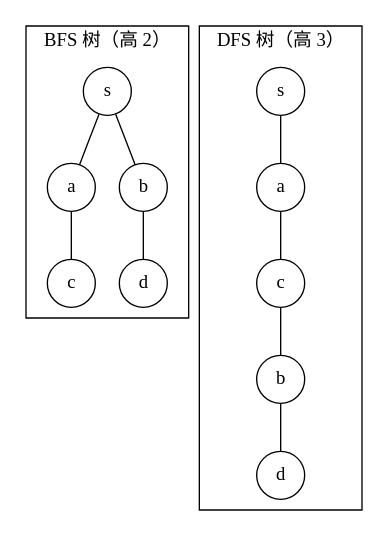
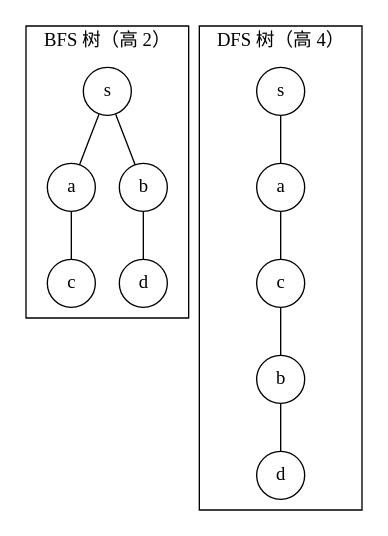
The second of 5 diagrams in labs/chapter-07/lab-07-01-graph-traversal-quiz/quiz-figures.md (AzenAnn/DSA-Mastery), drawn with Graphviz before and after one commit. The commit also changed other lines of this file and 6 other files, not shown here.

Commit message:
fix(ch07): 修正7.1审计问题：示例图边、DFS树高、边分类限定、搜索索引排除

````diff
--- a/labs/chapter-07/lab-07-01-graph-traversal-quiz/quiz-figures.md
+++ b/labs/chapter-07/lab-07-01-graph-traversal-quiz/quiz-figures.md
@@ -33,30 +34,30 @@
 ```graphviz
 graph Q05TreeCompare {
   rankdir=TB;
   node [shape=circle];
   subgraph cluster_bfs {
     label="BFS 树（高 2）";
     s1 [label="s"];
     a1 [label="a"];
     b1 [label="b"];
     c1 [label="c"];
     d1 [label="d"];
     s1 -- a1;
     s1 -- b1;
     a1 -- c1;
     b1 -- d1;
   }
   subgraph cluster_dfs {
-    label="DFS 树（高 3）";
+    label="DFS 树（高 4）";
     s2 [label="s"];
     a2 [label="a"];
     c2 [label="c"];
     b2 [label="b"];
     d2 [label="d"];
     s2 -- a2;
     a2 -- c2;
     c2 -- b2;
     b2 -- d2;
   }
 }
 ```
````
